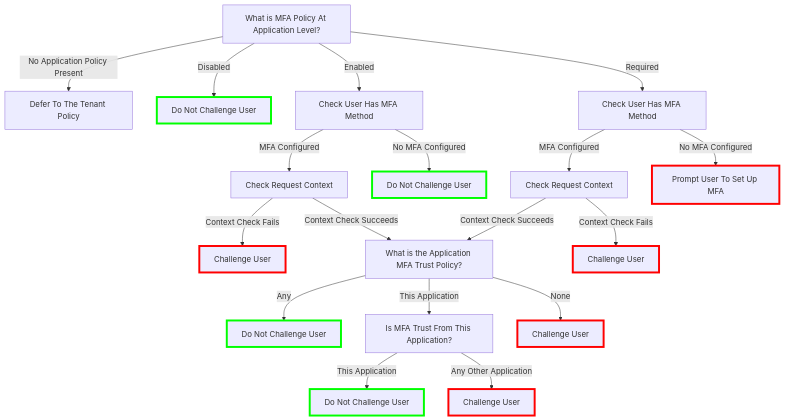
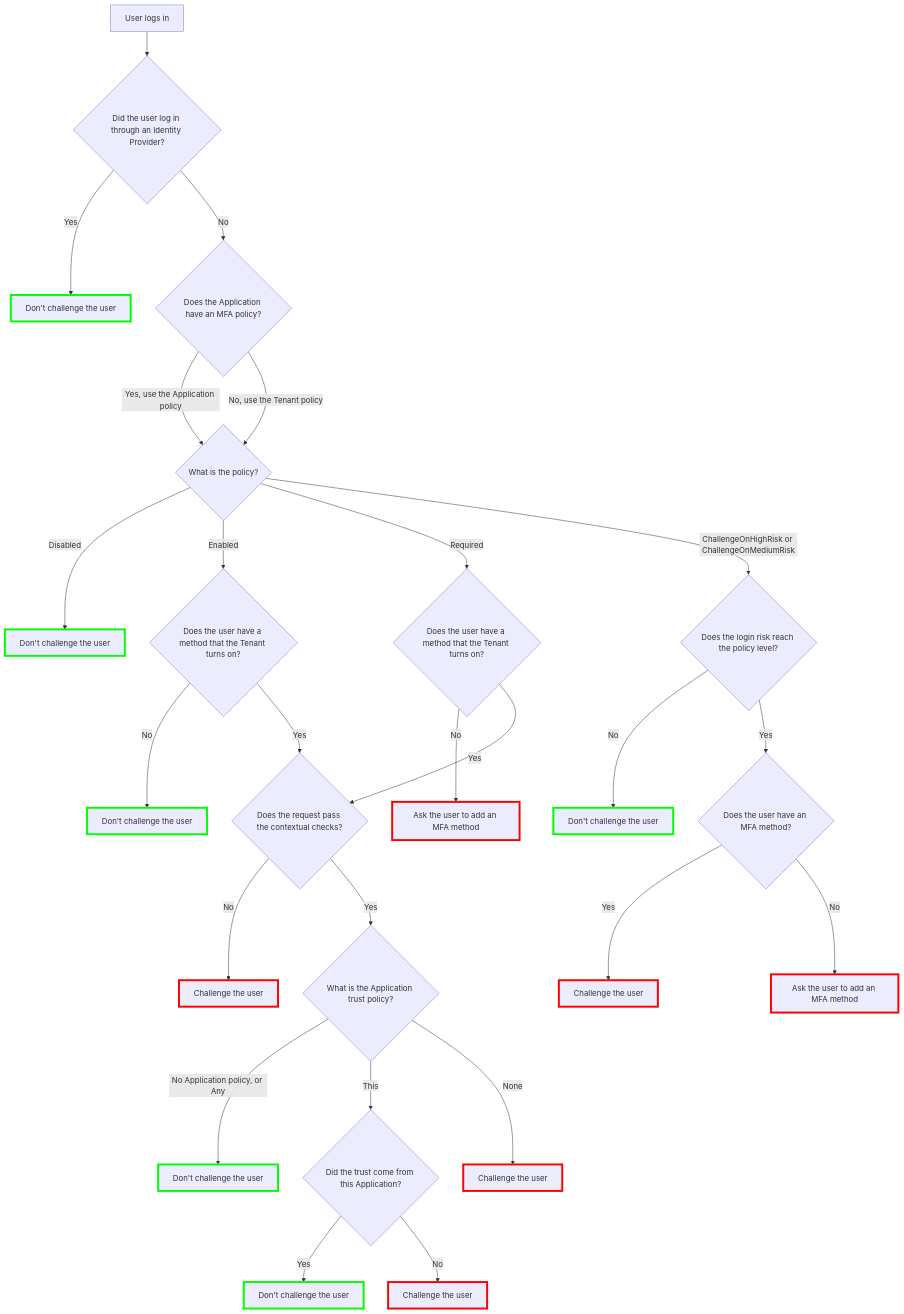
Before and after one commit to FusionAuth/fusionauth-site: the diagram in astro/src/content/docs/authentication/multi-factor-authentication/contextual.mdx, drawn with Mermaid. The commit also changed other lines of this file and 22 other files, not shown here.

````diff
--- a/astro/src/content/docs/authentication/multi-factor-authentication/contextual.mdx
+++ b/astro/src/content/docs/authentication/multi-factor-authentication/contextual.mdx
@@ -128,31 +25,41 @@
-```mermaid title="Diagram of application MFA decision logic."
+```mermaid title="How FusionAuth decides whether to ask for MFA at login."
 graph TD
-    applicationMfaPolicy[What is MFA Policy At Application Level?] --> |No Application Policy Present| deferToTenant[Defer To The Tenant Policy]
-    applicationMfaPolicy --> |Disabled| noChallenge[Do Not Challenge User]
-    applicationMfaPolicy --> |Enabled| checkUserConfigEnabled[Check User Has MFA Method]
-    checkUserConfigEnabled --> |MFA Configured| contextualMFACheck[Check Request Context]
-    checkUserConfigEnabled --> |No MFA Configured| noChallengeNoMFAConfigured[Do Not Challenge User]
-    applicationMfaPolicy --> |Required| checkUserConfigRequired[Check User Has MFA Method]
-    checkUserConfigRequired --> |MFA Configured| contextualMFACheckRequired[Check Request Context]
-    checkUserConfigRequired --> |No MFA Configured| forceUserToSetupMFA[Prompt User To Set Up MFA]
-    contextualMFACheck --> |Context Check Fails| challenge[Challenge User]
-    contextualMFACheck --> |Context Check Succeeds| trustPolicyMFACheck[What is the Application MFA Trust Policy?]
-    contextualMFACheckRequired --> |Context Check Fails| challengeRequired[Challenge User]
-    contextualMFACheckRequired --> |Context Check Succeeds| trustPolicyMFACheck
-    trustPolicyMFACheck --> |Any| noChallengeTrustPolicyAny[Do Not Challenge User]
-    trustPolicyMFACheck --> |This Application| trustSource[Is MFA Trust From This Application?]
-    trustSource --> |This Application| noChallengeAppMatch[Do Not Challenge User]
-    trustSource --> |Any Other Application| challengeTrustSource[Challenge User]
-    trustPolicyMFACheck --> |None| challengeTrustPolicyNone[Challenge User]
+    login[User logs in] --> identityProvider{Did the user log in through an Identity Provider?}
+    identityProvider --> |Yes| noChallengeIdentityProvider[Don't challenge the user]
+    identityProvider --> |No| applicationPolicy{Does the Application have an MFA policy?}
+    applicationPolicy --> |Yes, use the Application policy| policy{What is the policy?}
+    applicationPolicy --> |No, use the Tenant policy| policy
+    policy --> |Disabled| noChallengeDisabled[Don't challenge the user]
+    policy --> |Enabled| enabledHasMethod{Does the user have a method that the Tenant turns on?}
+    policy --> |Required| requiredHasMethod{Does the user have a method that the Tenant turns on?}
+    policy --> |ChallengeOnHighRisk or ChallengeOnMediumRisk| risk{Does the login risk reach the policy level?}
+    enabledHasMethod --> |No| noChallengeNoMethod[Don't challenge the user]
+    enabledHasMethod --> |Yes| context{Does the request pass the contextual checks?}
+    requiredHasMethod --> |No| addMethodRequired[Ask the user to add an MFA method]
+    requiredHasMethod --> |Yes| context
+    risk --> |No| noChallengeRisk[Don't challenge the user]
+    risk --> |Yes| riskHasMethod{Does the user have an MFA method?}
+    riskHasMethod --> |Yes| challengeRisk[Challenge the user]
+    riskHasMethod --> |No| addMethodRisk[Ask the user to add an MFA method]
+    context --> |No| challengeContext[Challenge the user]
+    context --> |Yes| trustPolicy{What is the Application trust policy?}
+    trustPolicy --> |No Application policy, or Any| noChallengeTrust[Don't challenge the user]
+    trustPolicy --> |This| trustSource{Did the trust come from this Application?}
+    trustSource --> |Yes| noChallengeTrustSource[Don't challenge the user]
+    trustSource --> |No| challengeTrustSource[Challenge the user]
+    trustPolicy --> |None| challengeTrustNone[Challenge the user]
 
-    style noChallenge stroke:#00FF00,stroke-width:4px
-    style noChallengeNoMFAConfigured stroke:#00FF00,stroke-width:4px
-    style noChallengeTrustPolicyAny stroke:#00FF00,stroke-width:4px
-    style noChallengeAppMatch stroke:#00FF00,stroke-width:4px
+    style noChallengeIdentityProvider stroke:#00FF00,stroke-width:4px
+    style noChallengeDisabled stroke:#00FF00,stroke-width:4px
+    style noChallengeNoMethod stroke:#00FF00,stroke-width:4px
+    style noChallengeRisk stroke:#00FF00,stroke-width:4px
+    style noChallengeTrust stroke:#00FF00,stroke-width:4px
+    style noChallengeTrustSource stroke:#00FF00,stroke-width:4px
 
-    style challenge stroke:#FF0000,stroke-width:4px
-    style challengeRequired stroke:#FF0000,stroke-width:4px
+    style addMethodRequired stroke:#FF0000,stroke-width:4px
+    style addMethodRisk stroke:#FF0000,stroke-width:4px
+    style challengeRisk stroke:#FF0000,stroke-width:4px
+    style challengeContext stroke:#FF0000,stroke-width:4px
     style challengeTrustSource stroke:#FF0000,stroke-width:4px
-    style challengeTrustPolicyNone stroke:#FF0000,stroke-width:4px
-    style forceUserToSetupMFA stroke:#FF0000,stroke-width:4px
+    style challengeTrustNone stroke:#FF0000,stroke-width:4px
 ```
````
